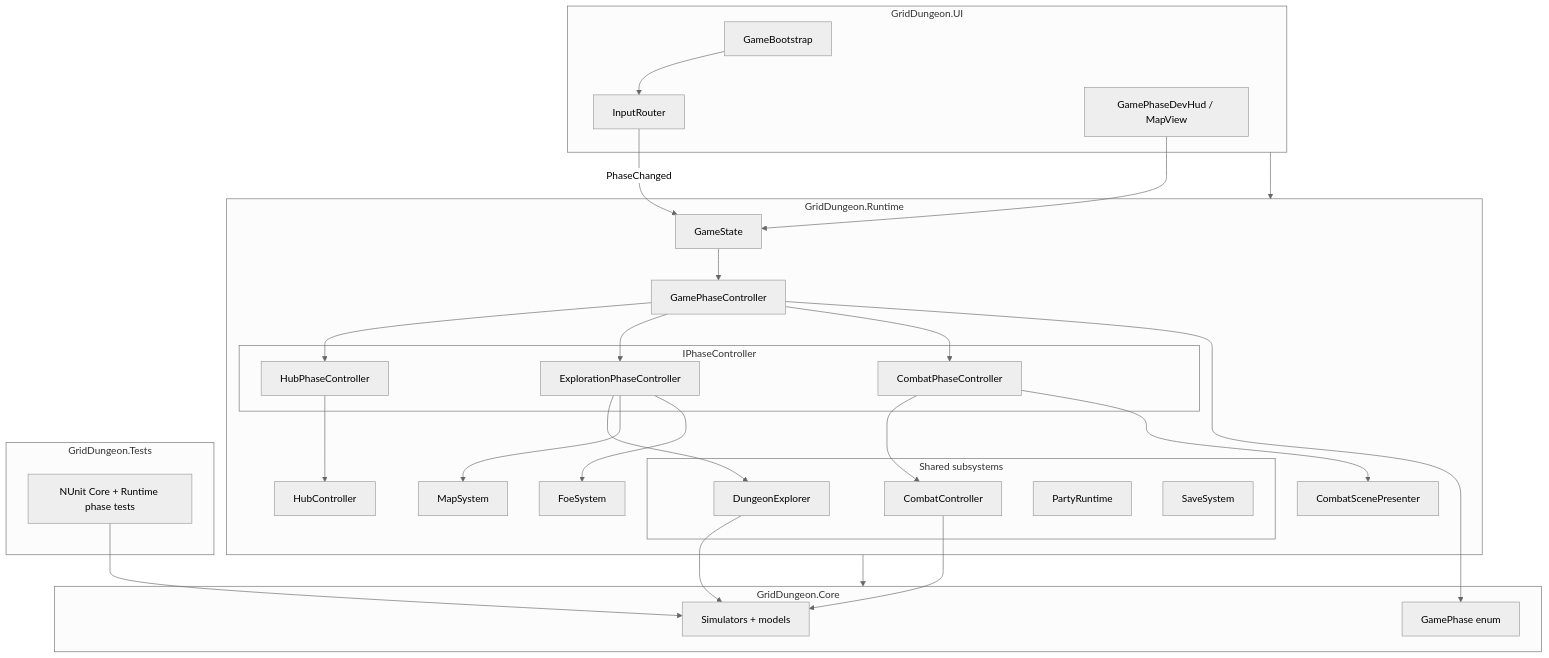
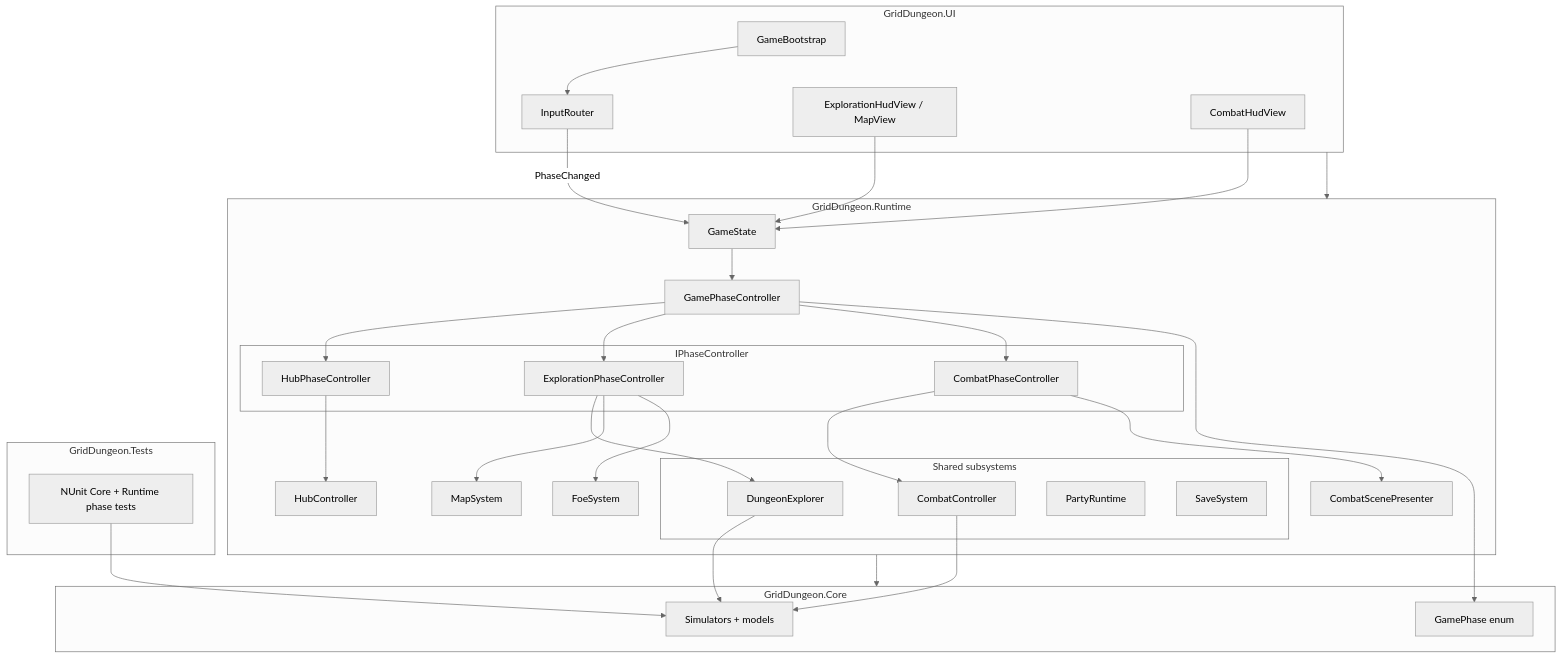
The first of 6 diagrams in docs/02-systems/game-phase.md (miramocha/griddungeon-design-docs), drawn with Mermaid (neutral theme) before and after one commit. The commit also changed other lines of this file and 7 other files, not shown here.

First line of the commit message:
docs: exploration UI wiring and presenter target architecture

````diff
--- a/docs/02-systems/game-phase.md
+++ b/docs/02-systems/game-phase.md
@@ -24,43 +24,45 @@
 ```mermaid
 flowchart TB
   subgraph ui [GridDungeon.UI]
     GB[GameBootstrap]
     IR[InputRouter]
-    DevHUD[GamePhaseDevHud / MapView]
+    EHUD[ExplorationHudView / MapView]
+    CHUD[CombatHudView]
   end
   subgraph runtime [GridDungeon.Runtime]
     GS[GameState]
     GPC[GamePhaseController]
     subgraph phases [IPhaseController]
       H[HubPhaseController]
       E[ExplorationPhaseController]
       C[CombatPhaseController]
     end
     subgraph systems [Shared subsystems]
       DE[DungeonExplorer]
       CC[CombatController]
       PR[PartyRuntime]
       SS[SaveSystem]
     end
     GS --> GPC
     GPC --> H & E & C
     H --> HubController
     E --> DE & MapSystem & FoeSystem
     C --> CC & CombatScenePresenter
   end
   subgraph core [GridDungeon.Core]
     SIM[Simulators + models]
     GP[GamePhase enum]
   end
   subgraph tests [GridDungeon.Tests]
     T[NUnit Core + Runtime phase tests]
   end
-  DevHUD --> GS
+  EHUD --> GS
+  CHUD --> GS
   GB --> IR
   IR -->|PhaseChanged| GS
   GPC --> GP
   CC & DE --> SIM
   T --> SIM
   ui --> runtime
   runtime --> core
 ```
````
